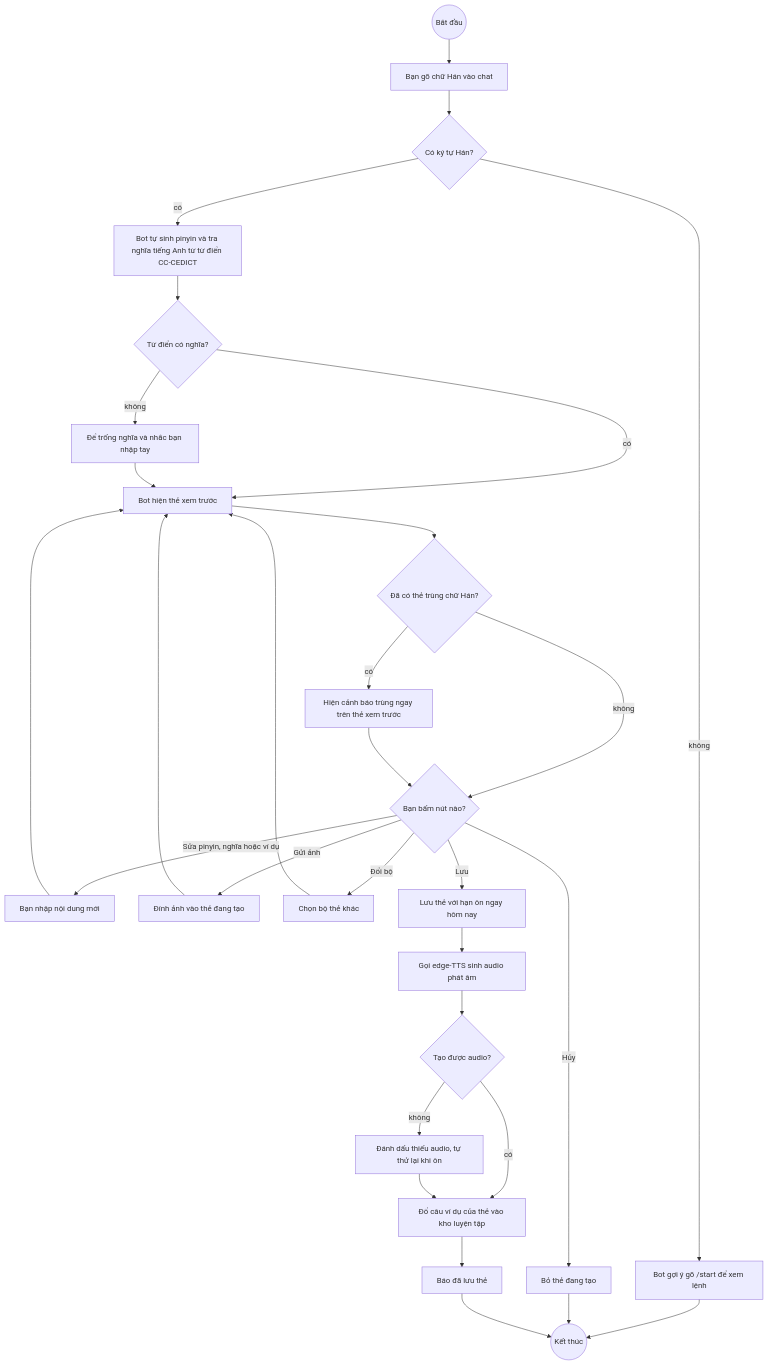
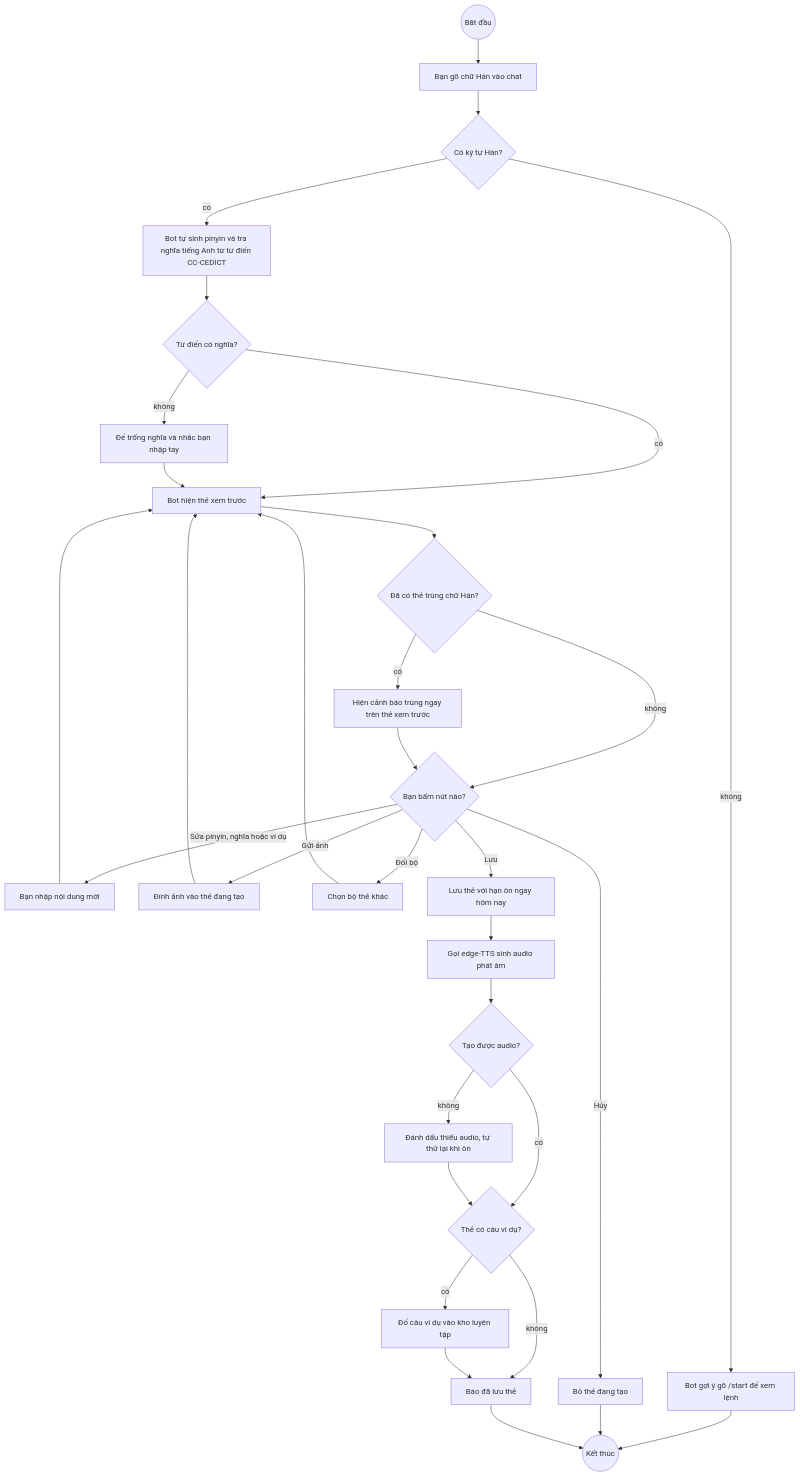
Before and after one commit to Maybenex1ime/Anki-bot-telegram: the first of 5 diagrams in docs/reminder-bot/srs/reminder-bot-flows.md, drawn with Mermaid. The commit also changed other lines of this file, not shown here.

Commit message:
docs: fix flow diagrams against real code (CSV order, /luyen loops, missing branches)

````diff
--- a/docs/reminder-bot/srs/reminder-bot-flows.md
+++ b/docs/reminder-bot/srs/reminder-bot-flows.md
@@ -16,32 +16,34 @@
 ```mermaid
 flowchart TB
     Start((Bắt đầu)) --> Input[Bạn gõ chữ Hán vào chat]
     Input --> Han{Có ký tự Hán?}
     Han -->|không| Hint[Bot gợi ý gõ /start để xem lệnh]
     Hint --> End((Kết thúc))
     Han -->|có| Lookup[Bot tự sinh pinyin và tra nghĩa tiếng Anh từ từ điển CC-CEDICT]
     Lookup --> Found{Từ điển có nghĩa?}
     Found -->|không| Blank[Để trống nghĩa và nhắc bạn nhập tay]
     Found -->|có| Preview[Bot hiện thẻ xem trước]
     Blank --> Preview
     Preview --> Dup{Đã có thẻ trùng chữ Hán?}
     Dup -->|có| Warn[Hiện cảnh báo trùng ngay trên thẻ xem trước]
     Dup -->|không| Choose{Bạn bấm nút nào?}
     Warn --> Choose
     Choose -->|Sửa pinyin, nghĩa hoặc ví dụ| Edit[Bạn nhập nội dung mới]
     Edit --> Preview
     Choose -->|Gửi ảnh| Img[Đính ảnh vào thẻ đang tạo]
     Img --> Preview
     Choose -->|Đổi bộ| Deck[Chọn bộ thẻ khác]
     Deck --> Preview
     Choose -->|Hủy| Cancel[Bỏ thẻ đang tạo]
     Cancel --> End
     Choose -->|Lưu| Save[Lưu thẻ với hạn ôn ngay hôm nay]
     Save --> Tts[Gọi edge-TTS sinh audio phát âm]
     Tts --> TtsOk{Tạo được audio?}
     TtsOk -->|không| NoAudio[Đánh dấu thiếu audio, tự thử lại khi ôn]
-    TtsOk -->|có| Ex[Đổ câu ví dụ của thẻ vào kho luyện tập]
-    NoAudio --> Ex
-    Ex --> Done[Báo đã lưu thẻ]
+    TtsOk -->|có| HasEx{Thẻ có câu ví dụ?}
+    NoAudio --> HasEx
+    HasEx -->|có| Ex[Đổ câu ví dụ vào kho luyện tập]
+    HasEx -->|không| Done[Báo đã lưu thẻ]
+    Ex --> Done
     Done --> End
 ```
````
